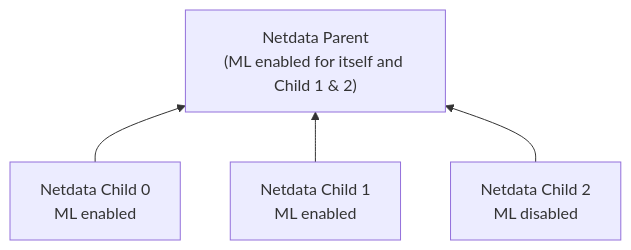
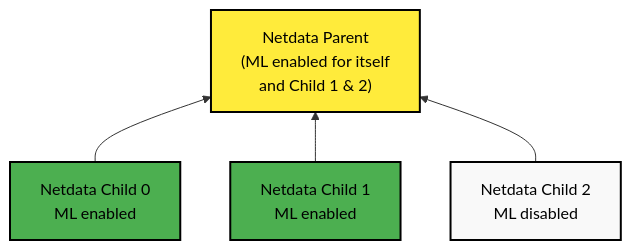
The third of 3 diagrams in src/ml/ml-configuration.md (netdata/netdata), drawn with Mermaid before and after one commit. The commit also changed other lines of this file and 4 other files, not shown here.

````diff
--- a/src/ml/ml-configuration.md
+++ b/src/ml/ml-configuration.md
@@ -54,10 +160,21 @@
 ```mermaid
 flowchart BT
-    C1["Netdata Child 0\nML enabled"]
-    C2["Netdata Child 1\nML enabled"]
-    C3["Netdata Child 2\nML disabled"]
-    P1["Netdata Parent\n(ML enabled for itself and Child 1 & 2)"]
+    %% Node styling
+    classDef neutral fill:#f9f9f9,stroke:#000000,color:#000000,stroke-width:2px
+    classDef success fill:#4caf50,stroke:#000000,color:#000000,stroke-width:2px
+    classDef warning fill:#ffeb3b,stroke:#000000,color:#000000,stroke-width:2px
+    classDef danger fill:#f44336,stroke:#000000,color:#000000,stroke-width:2px
+    
+    C1["Netdata Child 0<br/>ML enabled"]
+    C2["Netdata Child 1<br/>ML enabled"]
+    C3["Netdata Child 2<br/>ML disabled"]
+    P1["Netdata Parent<br/>(ML enabled for itself<br/>and Child 1 & 2)"]
     C1 --> P1
     C2 --> P1
     C3 --> P1
+    
+    %% Apply styles
+    class C1,C2 success
+    class C3 neutral
+    class P1 warning
 ```
````
